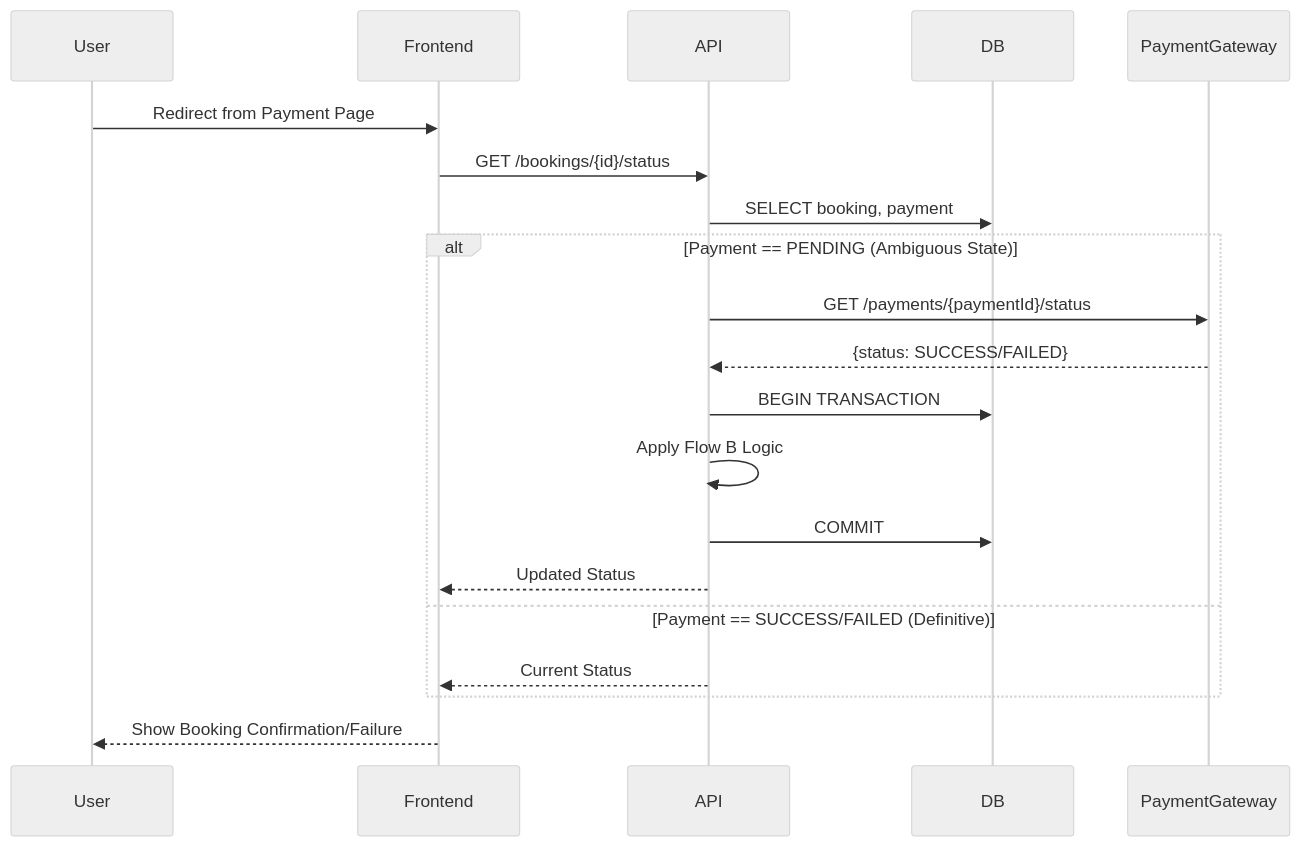
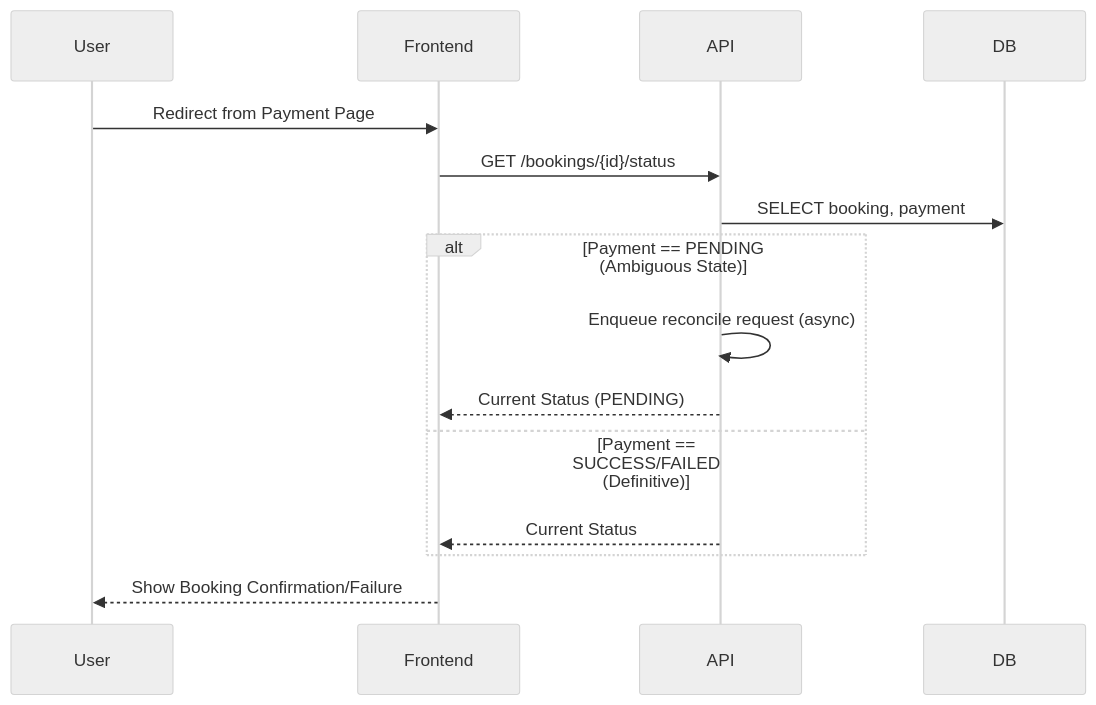
The fourth of 9 diagrams in docs/architecture/003_sequence_flows.md (ankitkr-04/ticket-ledger), drawn with Mermaid (neutral theme) before and after one commit. The commit also changed other lines of this file and 4 other files, not shown here.

````diff
--- a/docs/architecture/003_sequence_flows.md
+++ b/docs/architecture/003_sequence_flows.md
@@ -274,25 +274,20 @@
 ```mermaid
 sequenceDiagram
     participant User
     participant Frontend
     participant API
     participant DB
-    participant PaymentGateway
 
     User->>Frontend: Redirect from Payment Page
     Frontend->>API: GET /bookings/{id}/status
     API->>DB: SELECT booking, payment
     
     alt Payment == PENDING (Ambiguous State)
-        API->>PaymentGateway: GET /payments/{paymentId}/status
-        PaymentGateway-->>API: {status: SUCCESS/FAILED}
-        API->>DB: BEGIN TRANSACTION
-        API->>API: Apply Flow B Logic
-        API->>DB: COMMIT
-        API-->>Frontend: Updated Status
+        API->>API: Enqueue reconcile request (async)
+        API-->>Frontend: Current Status (PENDING)
     else Payment == SUCCESS/FAILED (Definitive)
         API-->>Frontend: Current Status
     end
     
     Frontend-->>User: Show Booking Confirmation/Failure
 ```
````
